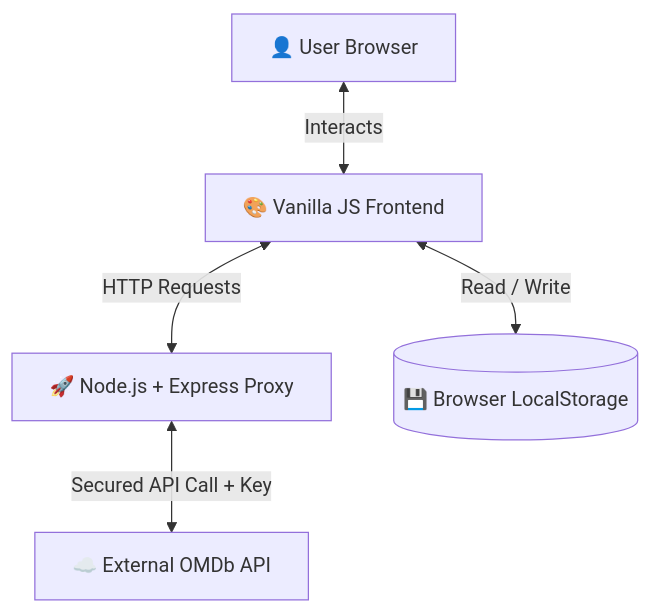
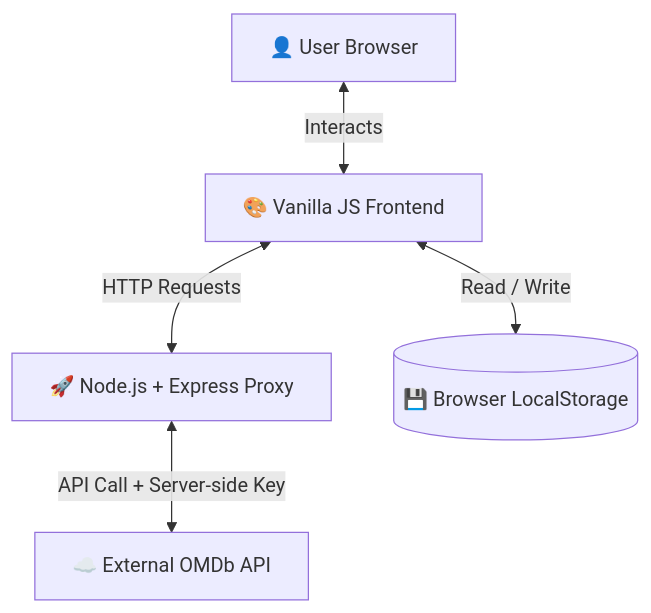
One commit to Shafia-01/CineScope changed the diagram in README.md. Above: the diagram before and after it, drawn with Mermaid. The commit also changed other lines of this file and 2 other files, not shown here.

````diff
--- a/README.md
+++ b/README.md
@@ -51,7 +67,7 @@
 ```mermaid
 flowchart TD
     User[👤 User Browser] <-->|Interacts| Frontend[🎨 Vanilla JS Frontend]
     Frontend <-->|HTTP Requests| ExpressProxy[🚀 Node.js + Express Proxy]
-    ExpressProxy <-->|Secured API Call + Key| OMDbAPI[☁️ External OMDb API]
+    ExpressProxy <-->|API Call + Server-side Key| OMDbAPI[☁️ External OMDb API]
     Frontend <-->|Read / Write| LocalStorage[(💾 Browser LocalStorage)]
 ```
````
